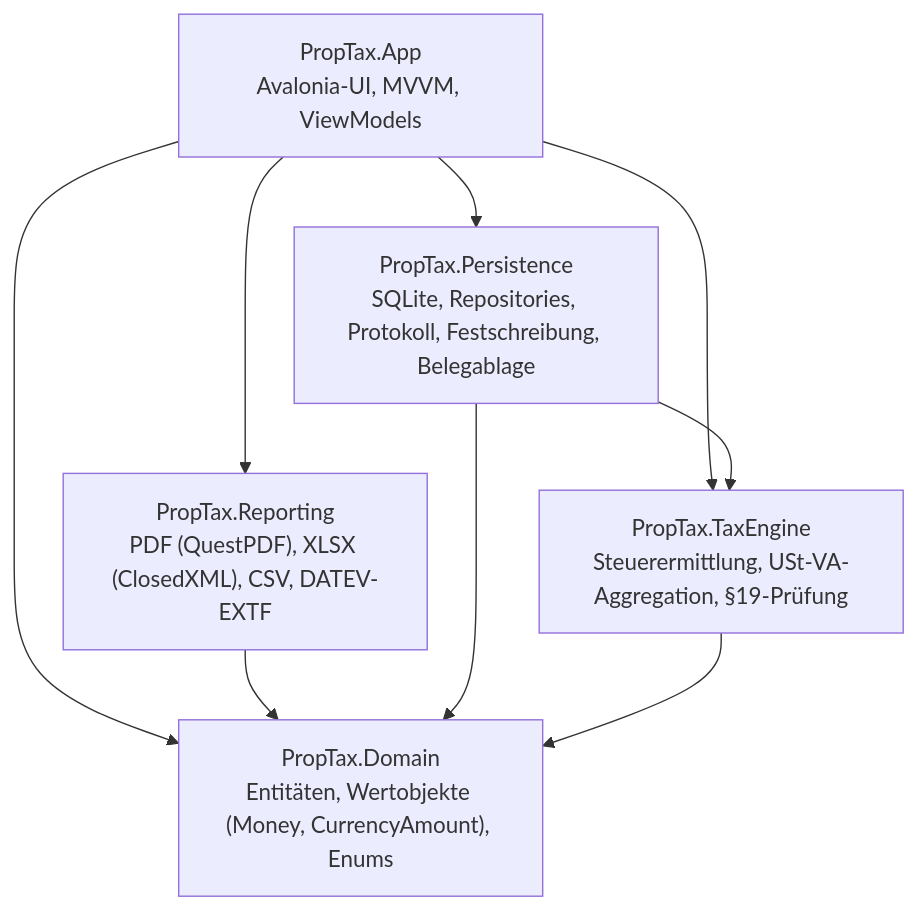
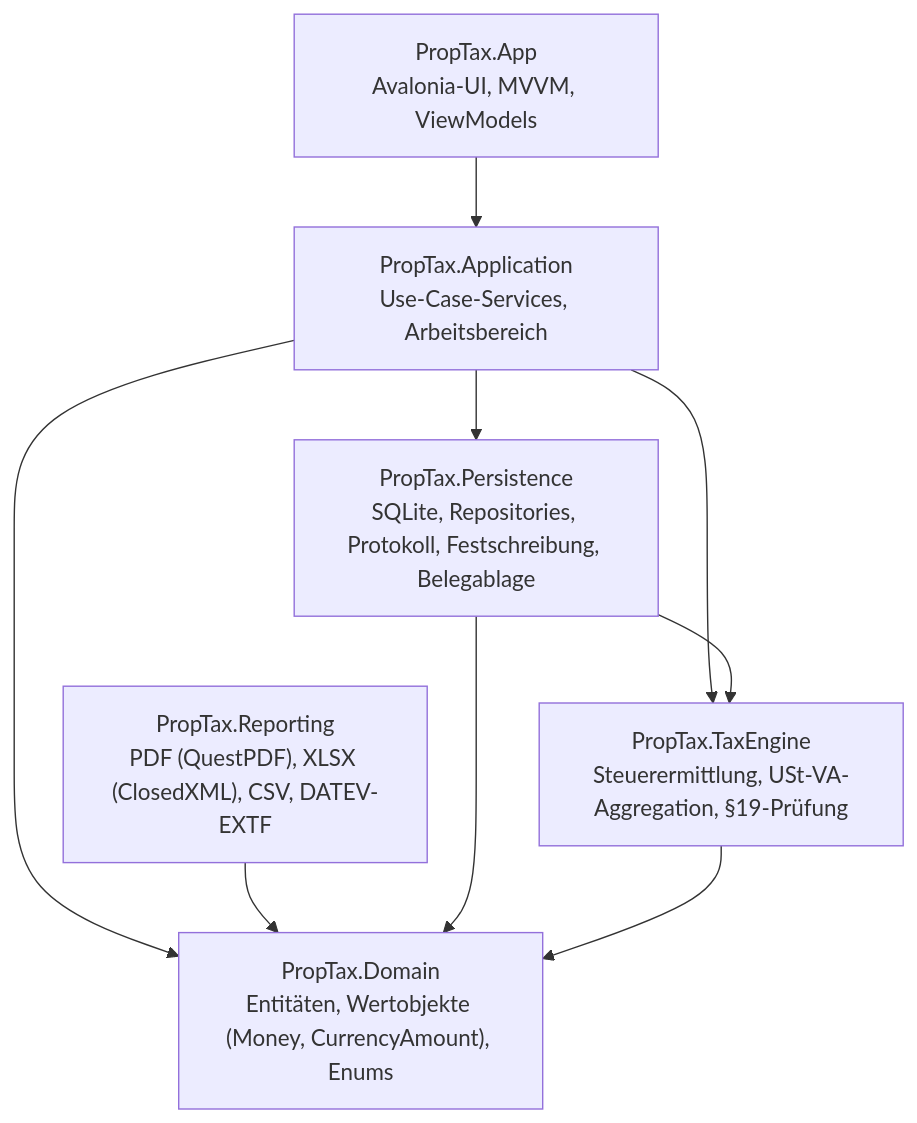
The diagram in docs/architektur.md (y2m7fhcf5t-ai/proptax), drawn with Mermaid before and after one commit. The commit also changed other lines of this file and 3 other files, not shown here.

````diff
--- a/docs/architektur.md
+++ b/docs/architektur.md
@@ -5,12 +5,14 @@
 ```mermaid
 flowchart TB
   App["PropTax.App<br/>Avalonia-UI, MVVM, ViewModels"]
+  Anw["PropTax.Application<br/>Use-Case-Services, Arbeitsbereich"]
   Rep["PropTax.Reporting<br/>PDF (QuestPDF), XLSX (ClosedXML), CSV, DATEV-EXTF"]
   Per["PropTax.Persistence<br/>SQLite, Repositories, Protokoll, Festschreibung, Belegablage"]
   Eng["PropTax.TaxEngine<br/>Steuerermittlung, USt-VA-Aggregation, §19-Prüfung"]
   Dom["PropTax.Domain<br/>Entitäten, Wertobjekte (Money, CurrencyAmount), Enums"]
-  App --> Rep & Per & Eng & Dom
+  App --> Anw
+  Anw --> Per & Eng & Dom
   Rep --> Dom
   Per --> Eng & Dom
   Eng --> Dom
 ```
````
